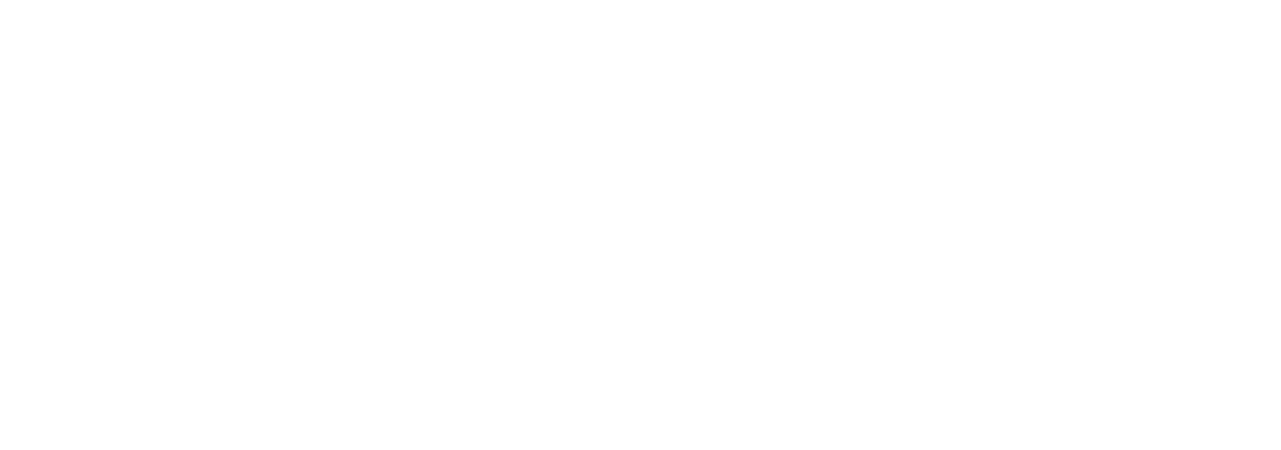
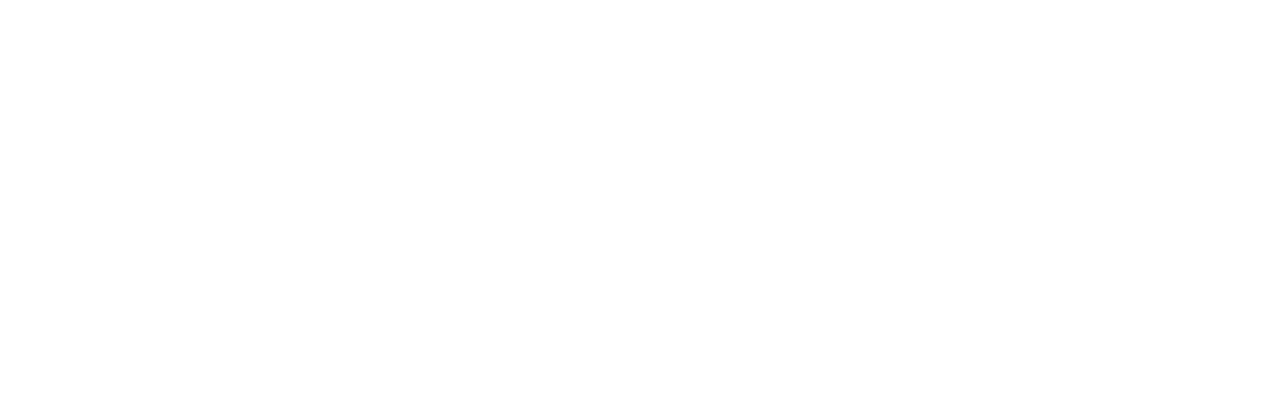
Before and after one commit to shanelperera-exe/harbor: the tenth of 11 diagrams in docs/FINAL_EVALUATION.md, drawn with Mermaid. The commit also changed other lines of this file, not shown here.

Commit message:
docs(testing): update Section 7 and CI/CD docs with actual verified test execution and ReportGenerator coverage metrics

````diff
--- a/docs/FINAL_EVALUATION.md
+++ b/docs/FINAL_EVALUATION.md
@@ -1489,30 +1489,30 @@
 ```mermaid
 %%{init: {
   'theme': 'base',
   'themeVariables': {
     'fontFamily': 'Courier New, monospace',
     'darkMode': true,
     'background': '#18181b',
     'mainBkg': 'transparent',
     'nodeBorder': '#ffffff',
     'nodeTextColor': '#ffffff',
     'lineColor': '#ffffff',
     'edgeLabelBackground': '#18181b',
     'clusterBkg': 'transparent',
     'clusterBorder': '#ffffff',
     'titleColor': '#ffffff',
     'textColor': '#ffffff'
   }
 }}%%
 graph TD
     classDef box fill:transparent,stroke:#ffffff,stroke-width:1.5px,color:#ffffff,font-family:Courier New, monospace;
 
     subgraph Pyramid["Harbor Quality Assurance Pyramid"]
-        E2E_Load["System, E2E & Load Testing\n- Selenium WebDriver POM (24 Scenarios)\n- Apache JMeter Benchmarks (20 Plans, 8,074 Requests)"]:::box
-        Integration["Integration & Contract Testing\n- Testcontainers for .NET (PostgreSQL 15, Redis, Kafka)\n- 48 Repository & Migration Tests + 65 API Contract Tests"]:::box
-        Unit["Unit Testing\n- xUnit + Moq (.NET 10 SDK) & Vitest (React 19)\n- 284 Backend Unit Tests + 42 Frontend Component Tests"]:::box
+        E2E_Load["System, E2E & Load Testing\n- Selenium WebDriver POM (58 Scenarios)\n- Apache JMeter Benchmarks (20 Plans, 8,074 Requests)"]:::box
+        Integration["Integration & Contract Testing\n- Testcontainers for .NET (PostgreSQL 15, Redis, Kafka)\n- 180 Integration & Database Contract Tests"]:::box
+        Unit["Unit Testing\n- xUnit + Moq (.NET 10 SDK) & Vitest (React 19)\n- 920 Backend Unit Tests + 162 Frontend Component Tests"]:::box
     end
 
     Unit --> Integration
     Integration --> E2E_Load
 ```
````
